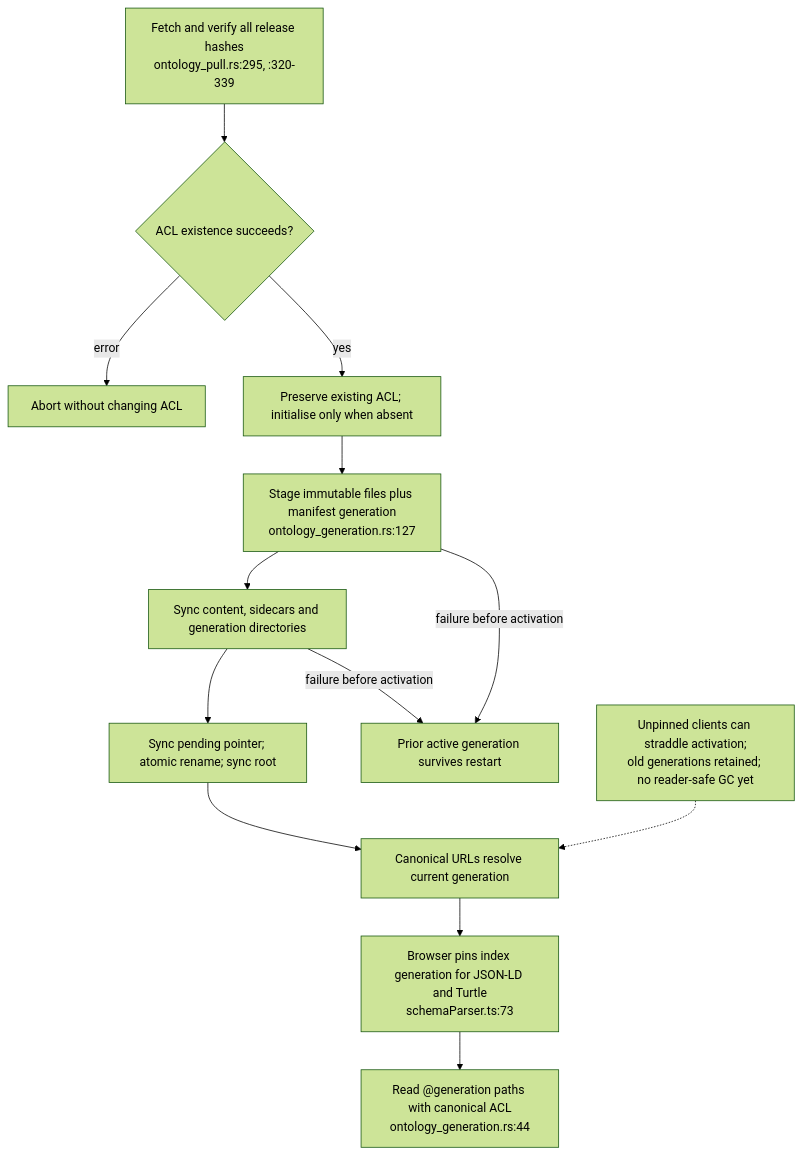
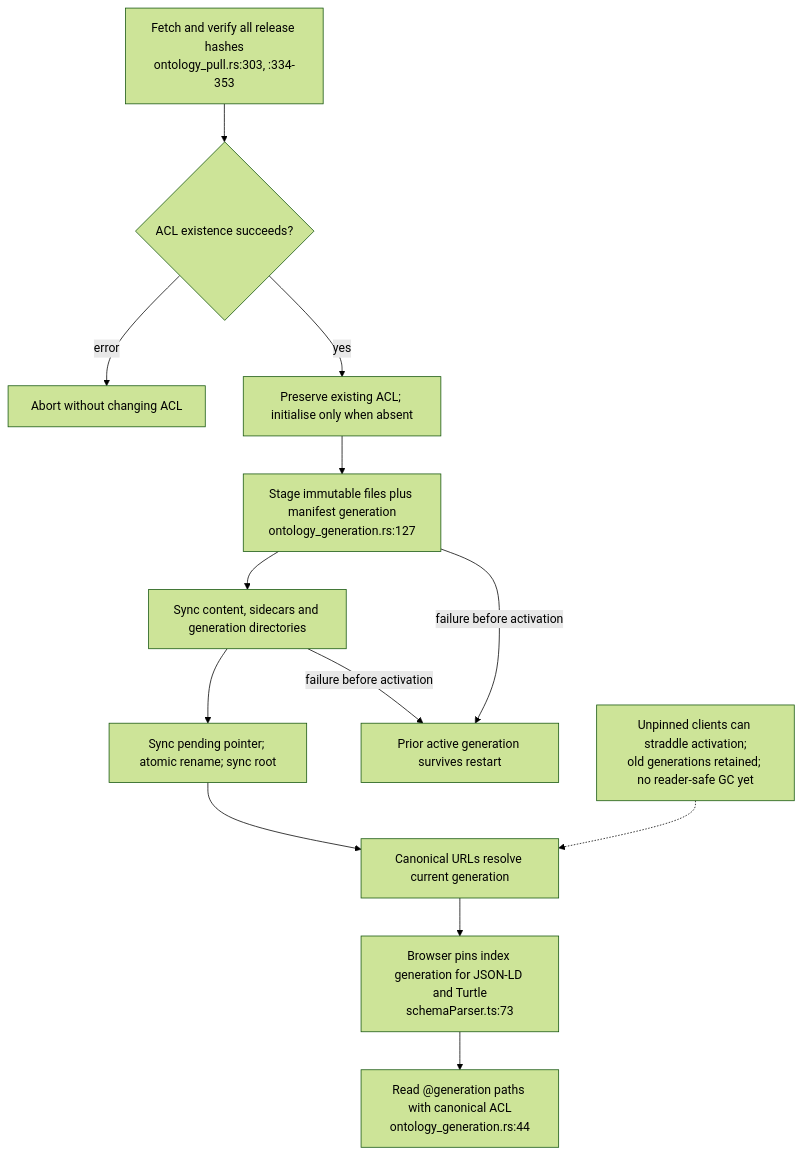
One commit to DreamLab-AI/VisionFlow changed diagram 13 of 13 in docs/diagrams/visionclaw/26-solid-pod-and-jss.md. Above: the diagram before and after it, drawn with Mermaid (forest theme). The commit also changed other lines of this file and 56 other files, not shown here.

First line of the commit message:
docs(diagrams): re-verify VisionClaw topics at ec785afa9, add VC-19/56/57 and the VisionClaw register

````diff
--- a/docs/diagrams/visionclaw/26-solid-pod-and-jss.md
+++ b/docs/diagrams/visionclaw/26-solid-pod-and-jss.md
@@ -553,15 +561,15 @@
 ```mermaid
 flowchart TD
-    Fetch["Fetch and verify all release hashes<br/>ontology_pull.rs:295, :320-339"] --> Probe{"ACL existence succeeds?"}
+    Fetch["Fetch and verify all release hashes<br/>ontology_pull.rs:303, :334-353"] --> Probe{"ACL existence succeeds?"}
     Probe -->|error| Abort["Abort without changing ACL"]
     Probe -->|yes| ACL["Preserve existing ACL; initialise only when absent"]
     ACL --> Stage["Stage immutable files plus manifest generation<br/>ontology_generation.rs:127"]
     Stage --> Sync["Sync content, sidecars and generation directories"]
     Sync --> Activate["Sync pending pointer; atomic rename; sync root"]
     Stage -->|failure before activation| Old["Prior active generation survives restart"]
     Sync -->|failure before activation| Old
     Activate --> Canonical["Canonical URLs resolve current generation"]
     Canonical --> Pin["Browser pins index generation for JSON-LD and Turtle<br/>schemaParser.ts:73"]
     Pin --> Read["Read @generation paths with canonical ACL<br/>ontology_generation.rs:44"]
     Limit["Unpinned clients can straddle activation;<br/>old generations retained; no reader-safe GC yet"] -.-> Canonical
 ```
````
